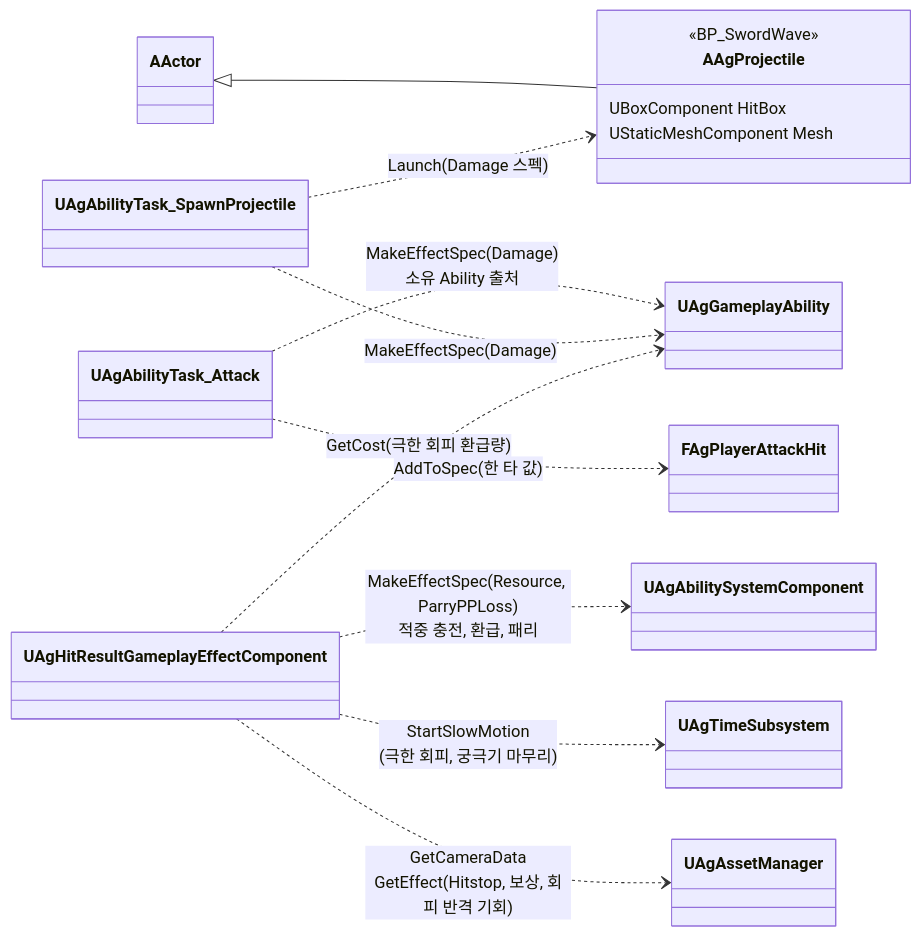
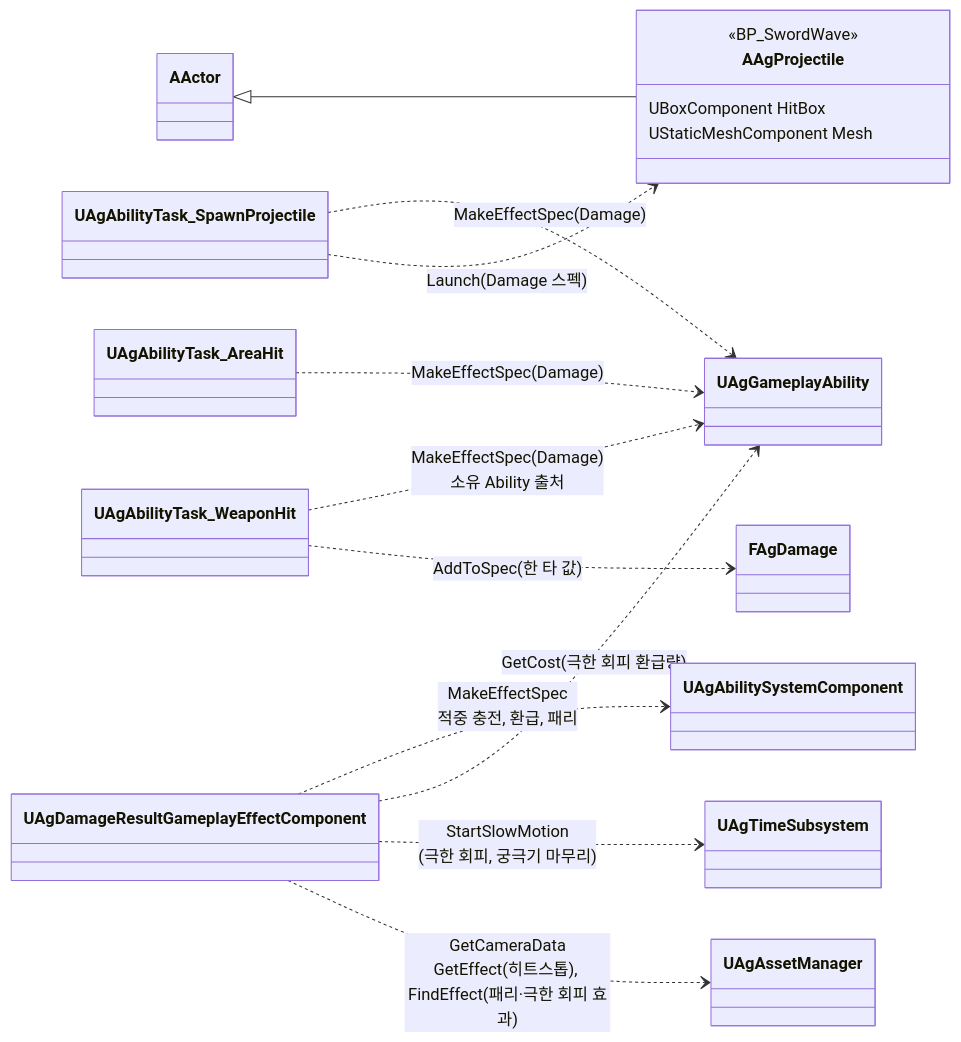
The second of 3 diagrams in Docs/Program/대미지와 피격 처리.md (Woogl/Ag), drawn with Mermaid before and after one commit. The commit also changed other lines of this file and 146 other files, not shown here.

Commit message:
구현: 전투 Task와 GameplayEffect 구조 정리 및 연출·문서 갱신

````diff
--- a/Docs/Program/대미지와 피격 처리.md
+++ b/Docs/Program/대미지와 피격 처리.md
@@ -52,19 +52,20 @@
 ```mermaid
 classDiagram
     direction LR
     class AAgProjectile {
         <<BP_SwordWave>>
         UBoxComponent HitBox
         UStaticMeshComponent Mesh
     }
     AActor <|-- AAgProjectile
 
-    UAgAbilityTask_Attack ..> UAgGameplayAbility : MakeEffectSpec(Damage)<br>소유 Ability 출처
-    UAgAbilityTask_Attack ..> FAgPlayerAttackHit : AddToSpec(한 타 값)
+    UAgAbilityTask_WeaponHit ..> UAgGameplayAbility : MakeEffectSpec(Damage)<br>소유 Ability 출처
+    UAgAbilityTask_WeaponHit ..> FAgDamage : AddToSpec(한 타 값)
+    UAgAbilityTask_AreaHit ..> UAgGameplayAbility : MakeEffectSpec(Damage)
     UAgAbilityTask_SpawnProjectile ..> UAgGameplayAbility : MakeEffectSpec(Damage)
     UAgAbilityTask_SpawnProjectile ..> AAgProjectile : Launch(Damage 스펙)
-    UAgHitResultGameplayEffectComponent ..> UAgAbilitySystemComponent : MakeEffectSpec(Resource, ParryPPLoss)<br>적중 충전, 환급, 패리
-    UAgHitResultGameplayEffectComponent ..> UAgGameplayAbility : GetCost(극한 회피 환급량)
-    UAgHitResultGameplayEffectComponent ..> UAgTimeSubsystem : StartSlowMotion<br>(극한 회피, 궁극기 마무리)
-    UAgHitResultGameplayEffectComponent ..> UAgAssetManager : GetCameraData<br>GetEffect(Hitstop, 보상, 회피 반격 기회)
+    UAgDamageResultGameplayEffectComponent ..> UAgAbilitySystemComponent : MakeEffectSpec<br>적중 충전, 환급, 패리
+    UAgDamageResultGameplayEffectComponent ..> UAgGameplayAbility : GetCost(극한 회피 환급량)
+    UAgDamageResultGameplayEffectComponent ..> UAgTimeSubsystem : StartSlowMotion<br>(극한 회피, 궁극기 마무리)
+    UAgDamageResultGameplayEffectComponent ..> UAgAssetManager : GetCameraData<br>GetEffect(히트스톱), FindEffect(패리·극한 회피 효과)
 ```
````
